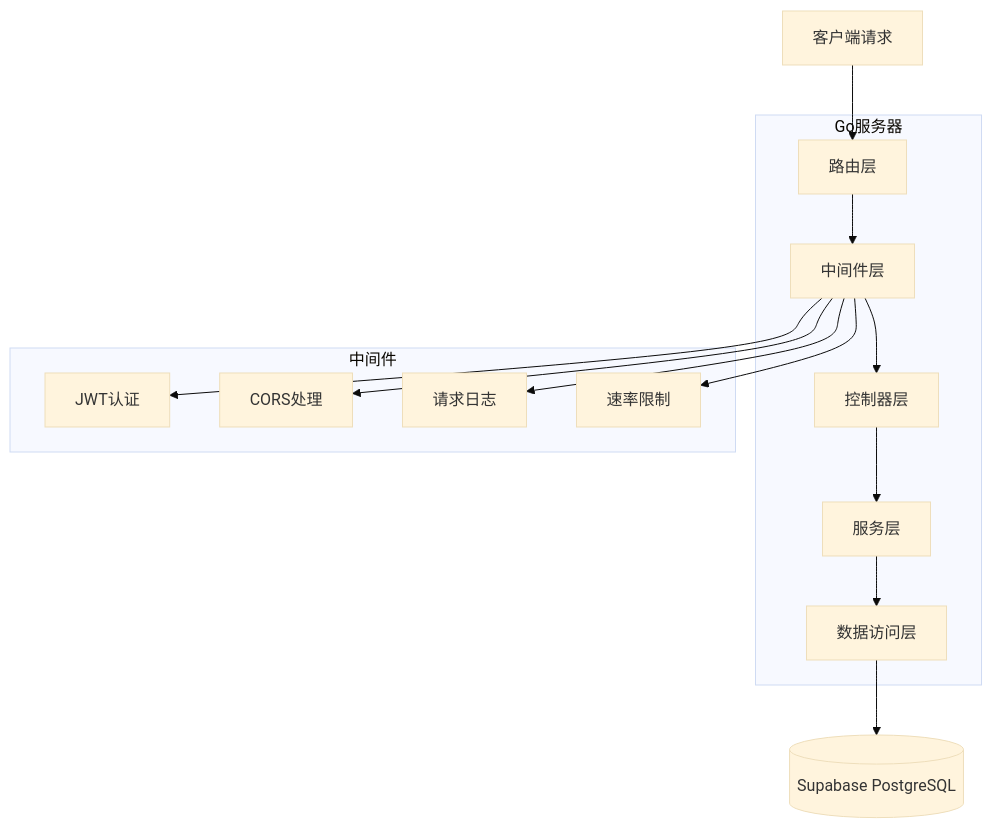
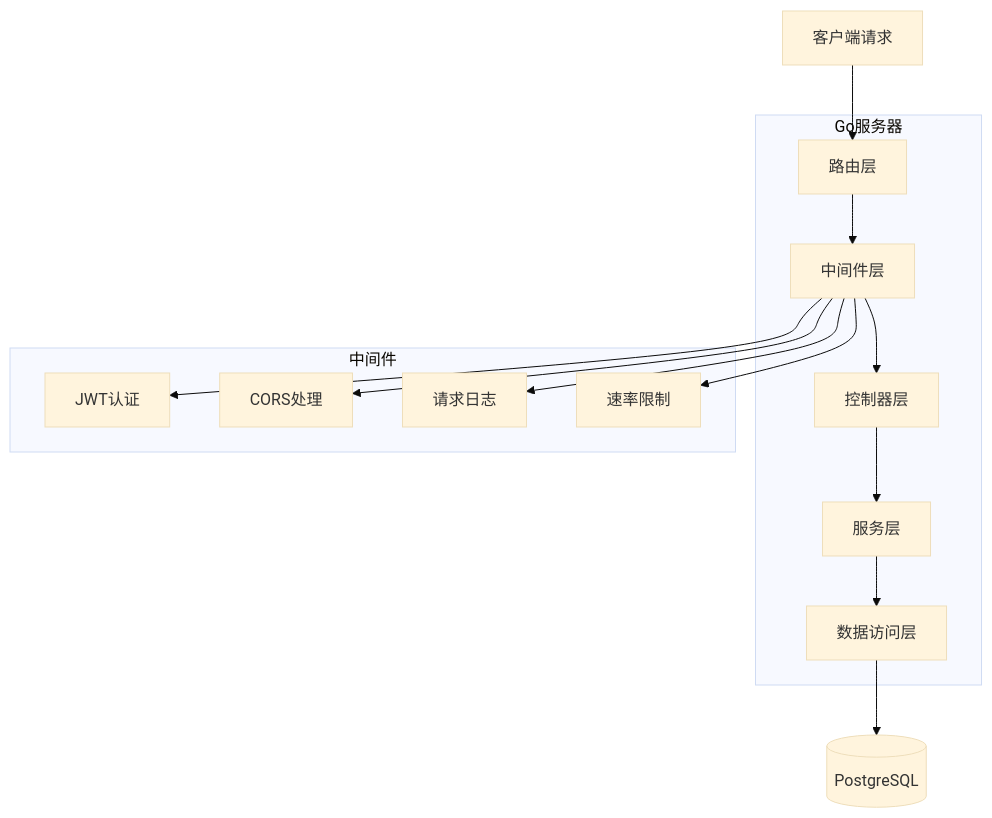
The second of 3 diagrams in .trae/documents/技术架构文档.md (lyfe2025/proxy-enhancer-ultra), drawn with Mermaid (base theme) before and after one commit. The commit also changed other lines of this file and 6 other files, not shown here.

````diff
--- a/.trae/documents/技术架构文档.md
+++ b/.trae/documents/技术架构文档.md
@@ -121,29 +121,29 @@
 ```mermaid
 graph TD
     A[客户端请求] --> B[路由层]
     B --> C[中间件层]
     C --> D[控制器层]
     D --> E[服务层]
     E --> F[数据访问层]
-    F --> G[(Supabase PostgreSQL)]
+    F --> G[(PostgreSQL)]
     
     subgraph "Go服务器"
         B
         C
         D
         E
         F
     end
     
     subgraph "中间件"
         H[JWT认证]
         I[CORS处理]
         J[请求日志]
         K[速率限制]
     end
     
     C --> H
     C --> I
     C --> J
     C --> K
 ```
````
